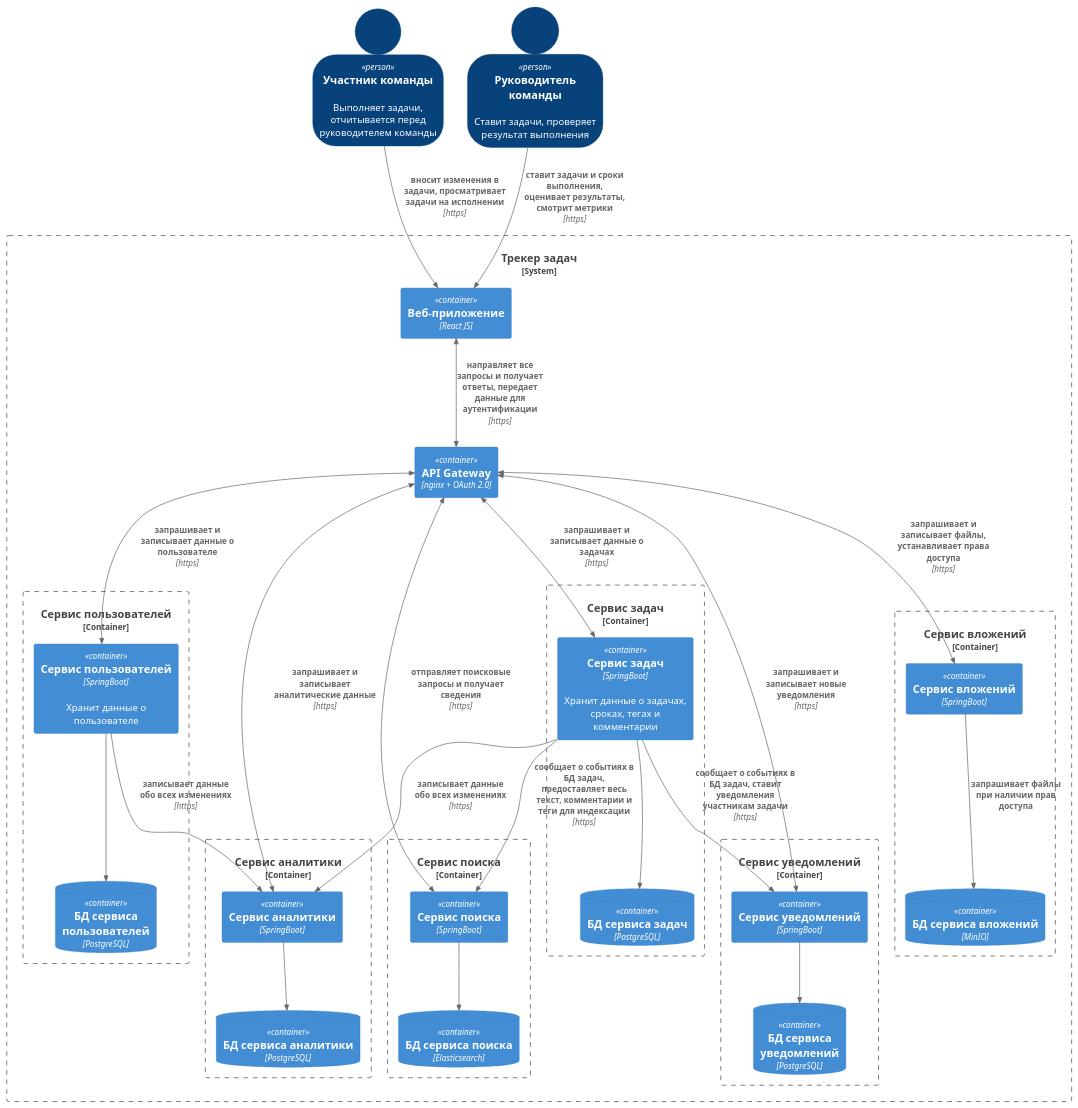
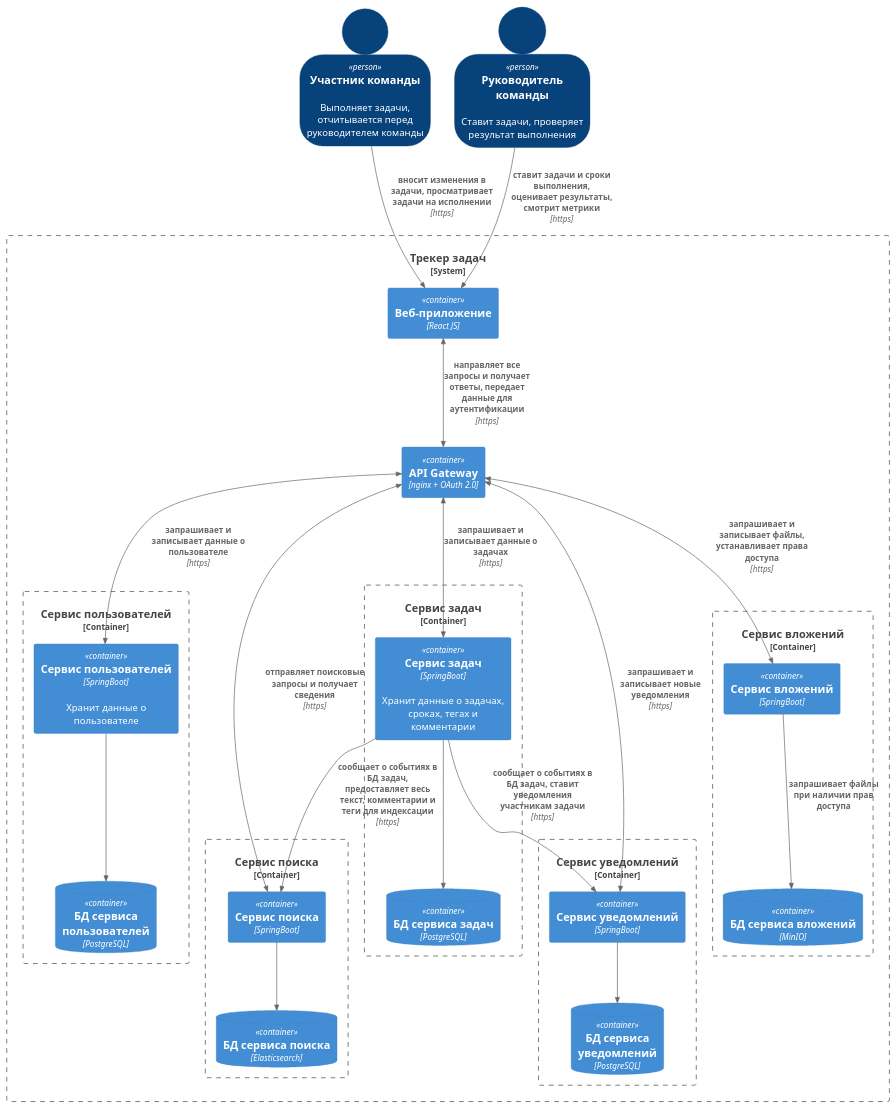
One commit to yn96k/task-tracker changed the diagram in c4-container-plantuml.md. Above: the diagram before and after it, drawn with PlantUML. The commit also changed other lines of this file, not shown here.

````diff
--- a/c4-container-plantuml.md
+++ b/c4-container-plantuml.md
@@ -3,66 +4,57 @@
 ```plantuml
 @startuml "task_tracker_MSA"
 !include https://raw.githubusercontent.com/plantuml-stdlib/C4-PlantUML/master/C4_Container.puml
 
 SHOW_PERSON_OUTLINE()
 
 Person(teammate, "Участник команды", "Выполняет задачи, отчитывается перед руководителем команды")
 Person(teamlead, "Руководитель команды", "Ставит задачи, проверяет результат выполнения")
 
 System_Boundary(c1, "Трекер задач") {
     Container(app, "Веб-приложение", "React JS")
     
     Container(api_gateway, "API Gateway", "nginx + OAuth 2.0")
 
     Container_Boundary(users_b,"Сервис пользователей") {
         Container(users_sv, "Сервис пользователей", "SpringBoot", "Хранит данные о пользователе")
         ContainerDb(users_db, "БД сервиса пользователей", "PostgreSQL")
     }
     Container_Boundary(tasks_b, "Сервис задач") {
         Container(tasks_sv, "Сервис задач", "SpringBoot", "Хранит данные о задачах, сроках, тегах и комментарии")
         ContainerDb(tasks_db, "БД сервиса задач", "PostgreSQL")
     }
     Container_Boundary(search_b, "Сервис поиска") {
         Container(search_sv, "Сервис поиска", "SpringBoot")
         ContainerDb(search_db, "БД сервиса поиска", "Elasticsearch")
     }
     Container_Boundary(files_b, "Сервис вложений") {
         Container(files_sv, "Сервис вложений", "SpringBoot")
         ContainerDb(files_db, "БД сервиса вложений", "MinIO")
     }
-    Container_Boundary(analytics_b, "Сервис аналитики") {
-        Container(analytics_sv, "Сервис аналитики", "SpringBoot")
-        ContainerDb(analytics_db, "БД сервиса аналитики", "PostgreSQL")
-    }
     Container_Boundary(notifs_b, "Сервис уведомлений") {
         Container(notifs_sv, "Сервис уведомлений", "SpringBoot")
         ContainerDb(notifs_db, "БД сервиса уведомлений", "PostgreSQL")
     }
 }
 
 Rel_D(users_sv, users_db, "")
 Rel_D(tasks_sv, tasks_db, "")
 Rel_D(search_sv, search_db, "")
 Rel_D(files_sv, files_db, "запрашивает файлы при наличии прав доступа")
-Rel_D(analytics_sv, analytics_db, "")
 Rel_D(notifs_sv, notifs_db, "")
 
 Rel(teammate, app, "вносит изменения в задачи, просматривает задачи на исполнении", "https")
 Rel(teamlead, app, "ставит задачи и сроки выполнения, оценивает результаты, смотрит метрики", "https")
 BiRel(app, api_gateway, "направляет все запросы и получает ответы, передает данные для аутентификации", "https")
 
 BiRel(api_gateway, users_sv, "запрашивает и записывает данные о пользователе", "https")
 BiRel(api_gateway, tasks_sv, "запрашивает и записывает данные о задачах", "https")
 BiRel(api_gateway, search_sv, "отправляет поисковые запросы и получает сведения", "https")
 BiRel(api_gateway, files_sv, "запрашивает и записывает файлы, устанавливает права доступа", "https")
-BiRel(api_gateway, analytics_sv, "запрашивает и записывает аналитические данные", "https")
 BiRel(api_gateway, notifs_sv, "запрашивает и записывает новые уведомления", "https")
 
 Rel(tasks_sv,search_sv,"сообщает о событиях в БД задач, предоставляет весь текст, комментарии и теги для индексации", "https")
 Rel(tasks_sv,notifs_sv,"сообщает о событиях в БД задач, ставит уведомления участникам задачи", "https")
 
-Rel_D(tasks_sv,analytics_sv,"записывает данные обо всех изменениях", "https")
-Rel_D(users_sv,analytics_sv,"записывает данные обо всех изменениях", "https")
-
 @enduml
 ```
````
